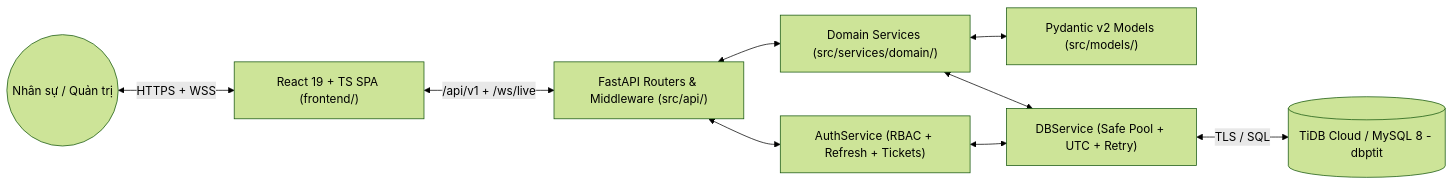
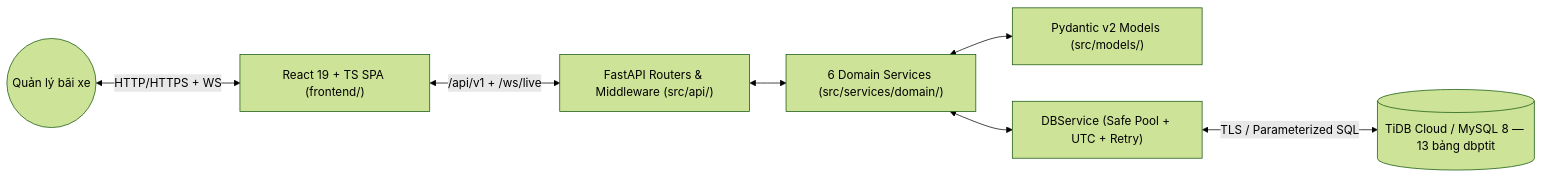
Before and after one commit to tungkernel/SmartParkingDemo: the diagram in docs/architecture.md, drawn with Mermaid (forest theme). The commit also changed other lines of this file and 14 other files, not shown here.

````diff
--- a/docs/architecture.md
+++ b/docs/architecture.md
@@ -15,10 +15,9 @@
 ```mermaid
 graph LR
-    User((Nhân sự / Quản trị)) <-->|HTTPS + WSS| SPA["React 19 + TS SPA (frontend/)"]
+    Manager((Quản lý bãi xe)) <-->|HTTP/HTTPS + WS| SPA["React 19 + TS SPA (frontend/)"]
     SPA <-->|/api/v1 + /ws/live| API["FastAPI Routers & Middleware (src/api/)"]
-    API <--> Auth["AuthService (RBAC + Refresh + Tickets)"]
-    API <--> Domain["Domain Services (src/services/domain/)"]
+    API <--> Domain["6 Domain Services (src/services/domain/)"]
     Domain <--> Models["Pydantic v2 Models (src/models/)"]
-    Auth & Domain <--> DB["DBService (Safe Pool + UTC + Retry)"]
-    DB <-->|TLS / SQL| TiDB[(TiDB Cloud / MySQL 8 - dbptit)]
+    Domain <--> DB["DBService (Safe Pool + UTC + Retry)"]
+    DB <-->|TLS / Parameterized SQL| TiDB[(TiDB Cloud / MySQL 8 — 13 bảng dbptit)]
 ```
````
